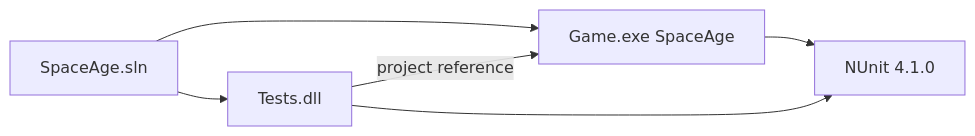
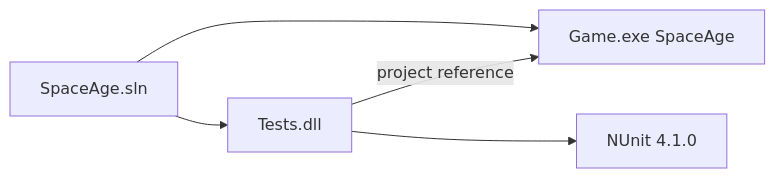
Before and after one commit to sentinemodo/SpaceAge-2024: the diagram in architecture/dependencies/repo-map.md, drawn with Mermaid. The commit also changed other lines of this file and 18 other files, not shown here.

First line of the commit message:
Stop SampleGame tests from writing the next turn's input.

````diff
--- a/architecture/dependencies/repo-map.md
+++ b/architecture/dependencies/repo-map.md
@@ -9,9 +9,8 @@
 ```mermaid
 flowchart LR
   sln[SpaceAge.sln]
   sln --> game[Game.exe SpaceAge]
   sln --> tests[Tests.dll]
   tests -->|project reference| game
-  game --> nunit[NUnit 4.1.0]
-  tests --> nunit
+  tests --> nunit[NUnit 4.1.0]
 ```
````
